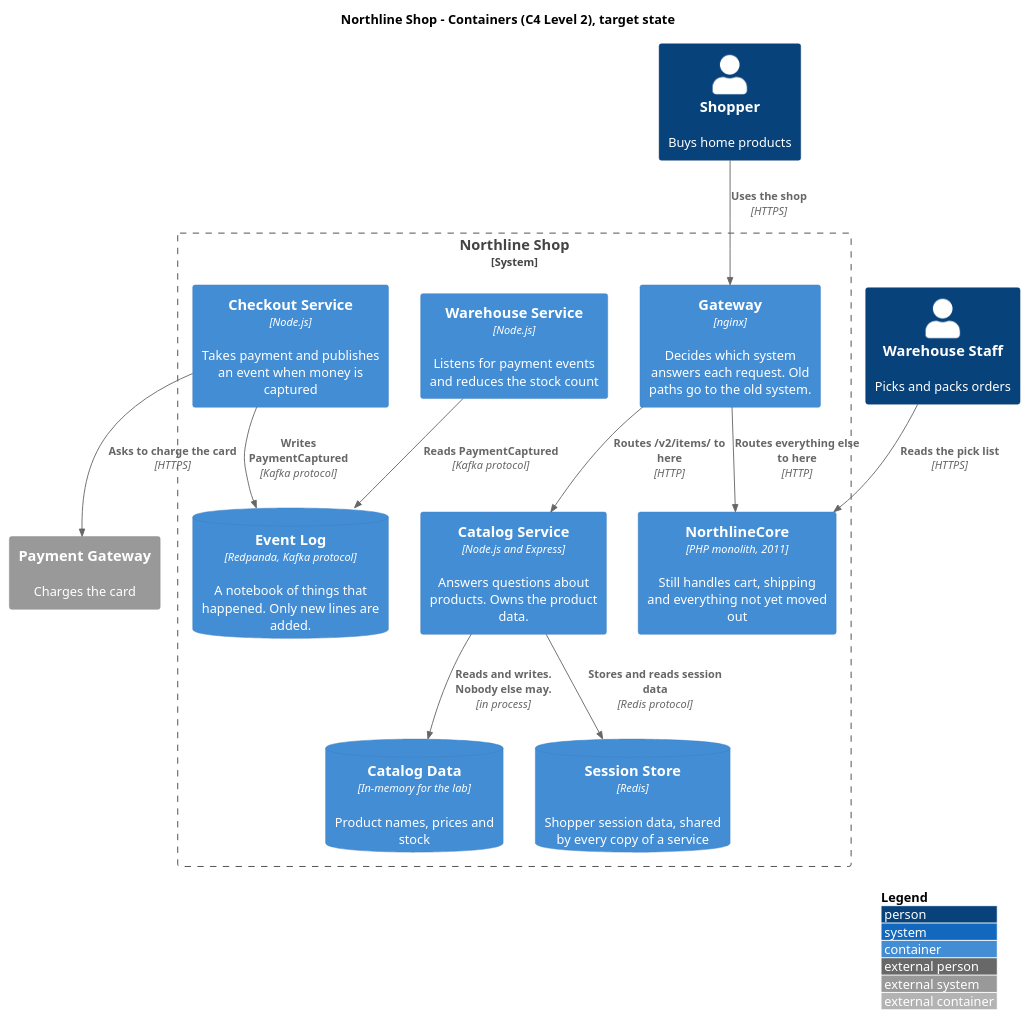
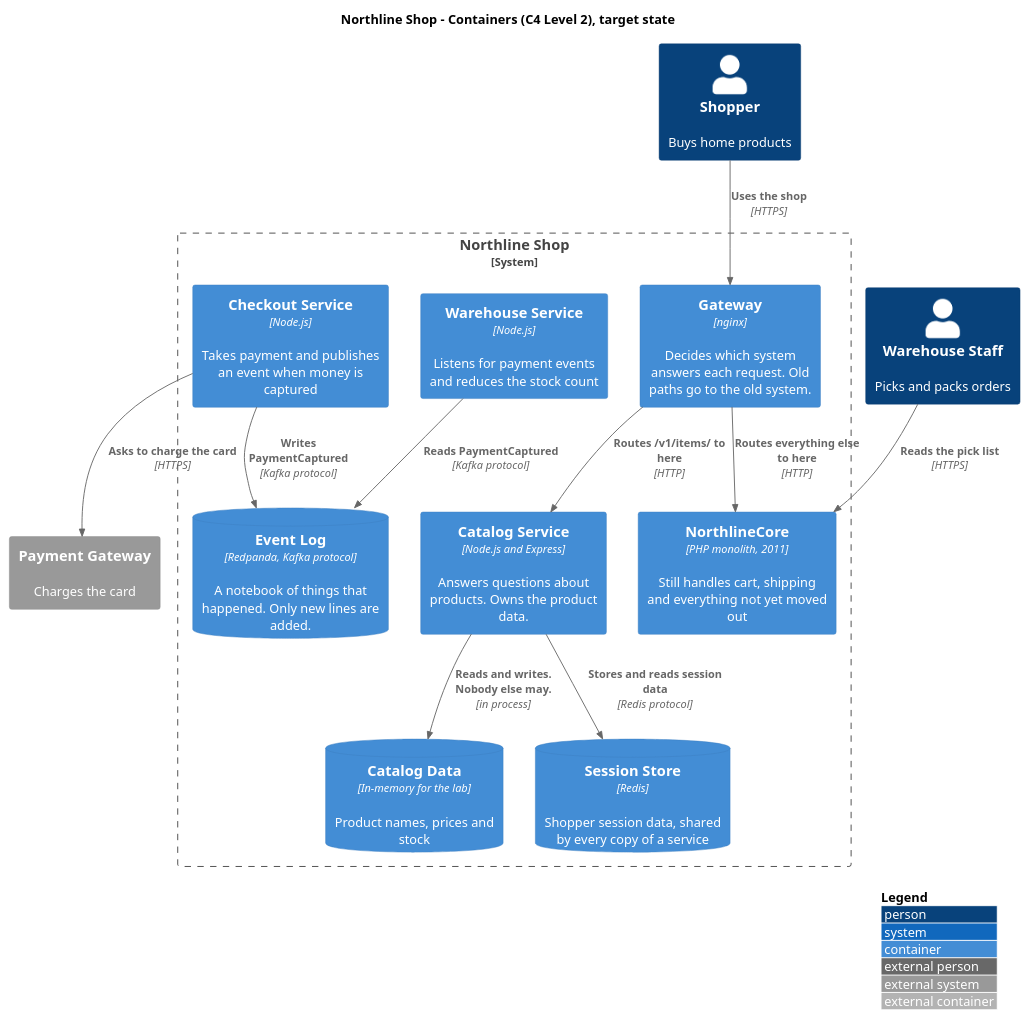
The diagram in docs/containers.puml (tahasalehhafez/Lab2), drawn with PlantUML before and after one commit. The commit also changed 22 other files, not shown here.

Commit message:
Complete the Northline lab through Day 4, including Redis, events, load test, and SLO.

```diff
--- a/docs/containers.puml
+++ b/docs/containers.puml
@@ -1,36 +2,55 @@
 @startuml containers
+
+' Load the C4 shapes for a Level 2 container diagram.
+' The angle brackets take it from the library inside PlantUML, so no internet is needed.
 !include <C4/C4_Container>
+
+' The title tells the reader which zoom level they are looking at.
 title Northline Shop - Containers (C4 Level 2), target state
+
+' Put a small legend at the bottom explaining the colours.
 LAYOUT_WITH_LEGEND()
 
-
+' The people are the same as on Level 1. We keep them for context.
 Person(shopper, "Shopper", "Buys home products")
 Person(warehouse_staff, "Warehouse Staff", "Picks and packs orders")
 
+' A System_Boundary draws a dotted line around everything we own.
+System_Boundary(northline, "Northline Shop") {
 
-System_Boundary(northline, "Northline Shop") {
-      Container(gateway, "Gateway", "nginx", "Decides which system answers each request. Old paths go to the old system.")
-      Container(core, "NorthlineCore", "PHP monolith, 2011", "Still handles cart, shipping and everything not yet moved out")
-      Container(catalog, "Catalog Service", "Node.js and Express", "Answers questions about products. Owns the product data.")
-      Container(checkout, "Checkout Service", "Node.js", "Takes payment and publishes an event when money is captured")
-      Container(warehouse, "Warehouse Service", "Node.js", "Listens for payment events and reduces the stock count")
-      ContainerDb(catalog_db, "Catalog Data", "In-memory for the lab", "Product names, prices and stock")
-      ContainerDb(events, "Event Log", "Redpanda, Kafka protocol", "A notebook of things that happened. Only new lines are added.")
-      ContainerDb(sessions, "Session Store", "Redis", "Shopper session data, shared by every copy of a service")
+  ' A Container is one separately running piece of software.
+  ' The parts are: id, name, technology, description.
+  Container(gateway, "Gateway", "nginx", "Decides which system answers each request. Old paths go to the old system.")
 
+  Container(core, "NorthlineCore", "PHP monolith, 2011", "Still handles cart, shipping and everything not yet moved out")
 
+  Container(catalog, "Catalog Service", "Node.js and Express", "Answers questions about products. Owns the product data.")
+
+  Container(checkout, "Checkout Service", "Node.js", "Takes payment and publishes an event when money is captured")
+
+  Container(warehouse, "Warehouse Service", "Node.js", "Listens for payment events and reduces the stock count")
+
+  ' ContainerDb draws the same box shaped like a cylinder, for data stores.
+  ContainerDb(catalog_db, "Catalog Data", "In-memory for the lab", "Product names, prices and stock")
+
+  ContainerDb(events, "Event Log", "Redpanda, Kafka protocol", "A notebook of things that happened. Only new lines are added.")
+
+  ContainerDb(sessions, "Session Store", "Redis", "Shopper session data, shared by every copy of a service")
 }
 
+' A System_Ext is a system somebody else owns.
 System_Ext(payment_gateway, "Payment Gateway", "Charges the card")
 
+' Rel draws an arrow. The last value is the technology used for the call.
 Rel(shopper, gateway, "Uses the shop", "HTTPS")
 Rel(warehouse_staff, core, "Reads the pick list", "HTTPS")
-Rel(gateway, catalog, "Routes /v2/items/ to here", "HTTP")
+Rel(gateway, catalog, "Routes /v1/items/ to here", "HTTP")
 Rel(gateway, core, "Routes everything else to here", "HTTP")
 Rel(catalog, catalog_db, "Reads and writes. Nobody else may.", "in process")
 Rel(catalog, sessions, "Stores and reads session data", "Redis protocol")
 Rel(checkout, payment_gateway, "Asks to charge the card", "HTTPS")
 Rel(checkout, events, "Writes PaymentCaptured", "Kafka protocol")
 Rel(warehouse, events, "Reads PaymentCaptured", "Kafka protocol")
 
+' Close the diagram.
 @enduml
```
